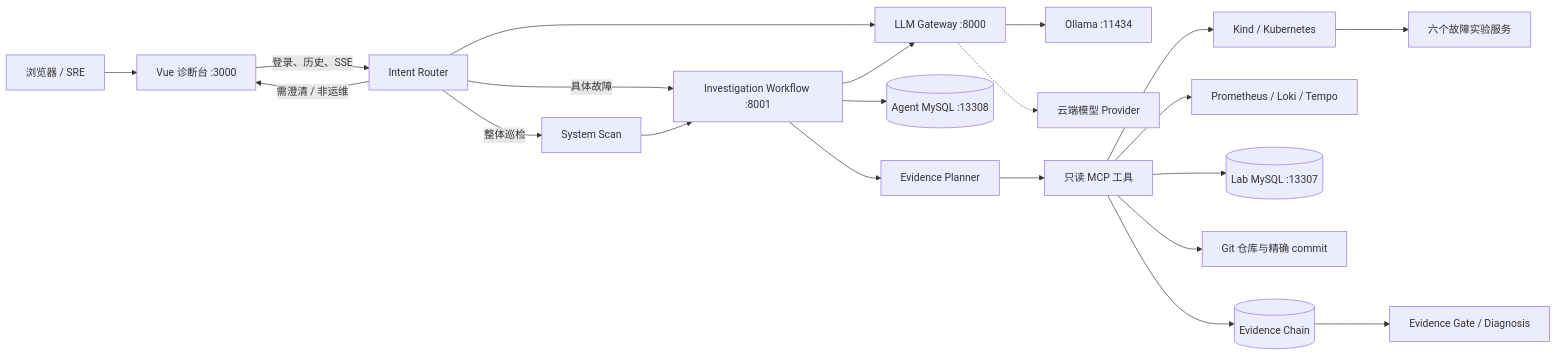
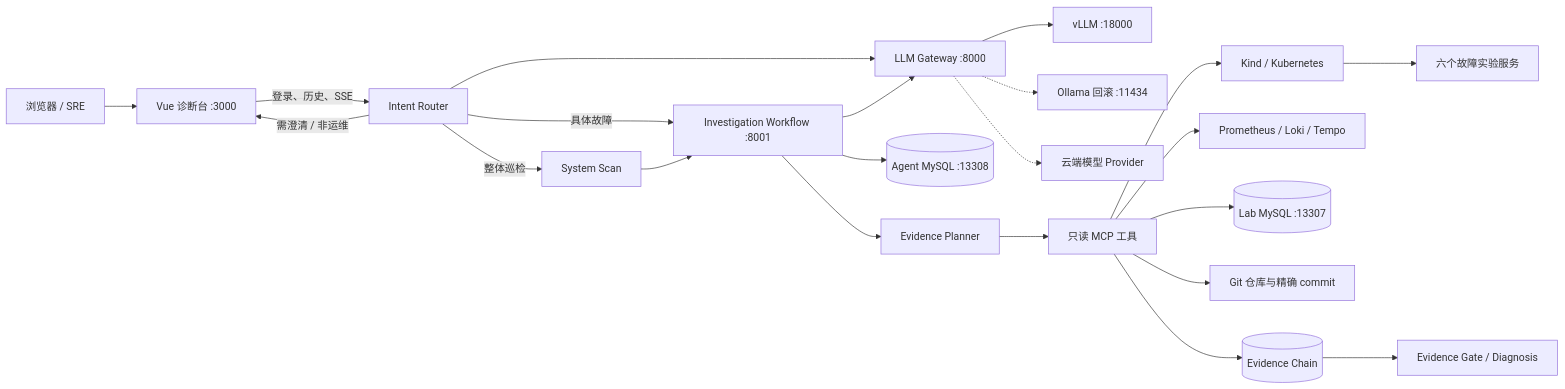
The first of 3 diagrams in README.md (taxidriver4ever/SRE-Agent-platform), drawn with Mermaid before and after one commit. The commit also changed other lines of this file and 65 other files, not shown here.

First line of the commit message:
feat(platform): integrate diagnosis orchestrator, service graph UI, vLLM adapter, and enhanced evidence planner

````diff
--- a/README.md
+++ b/README.md
@@ -20,23 +41,24 @@
 ```mermaid
 flowchart LR
     U["浏览器 / SRE"] --> F["Vue 诊断台 :3000"]
     F -->|"登录、历史、SSE"| I["Intent Router"]
     I -->|"具体故障"| A["Investigation Workflow :8001"]
     I -->|"整体巡检"| SS["System Scan"]
     SS --> A
     I -->|"需澄清 / 非运维"| F
     I --> G["LLM Gateway :8000"]
     A --> G
-    G --> O["Ollama :11434"]
+    G --> VL["vLLM :18000"]
+    G -.-> O["Ollama 回滚 :11434"]
     G -.-> P["云端模型 Provider"]
     A --> M[("Agent MySQL :13308")]
     A --> PL["Evidence Planner"]
     PL --> T["只读 MCP 工具"]
     T --> K["Kind / Kubernetes"]
     T --> OBS["Prometheus / Loki / Tempo"]
     T --> DB[("Lab MySQL :13307")]
     T --> R["Git 仓库与精确 commit"]
     T --> E[("Evidence Chain")]
-    E --> V["Evidence Gate / Diagnosis"]
+    E --> EG["Evidence Gate / Diagnosis"]
     K --> S["六个故障实验服务"]
 ```
````
